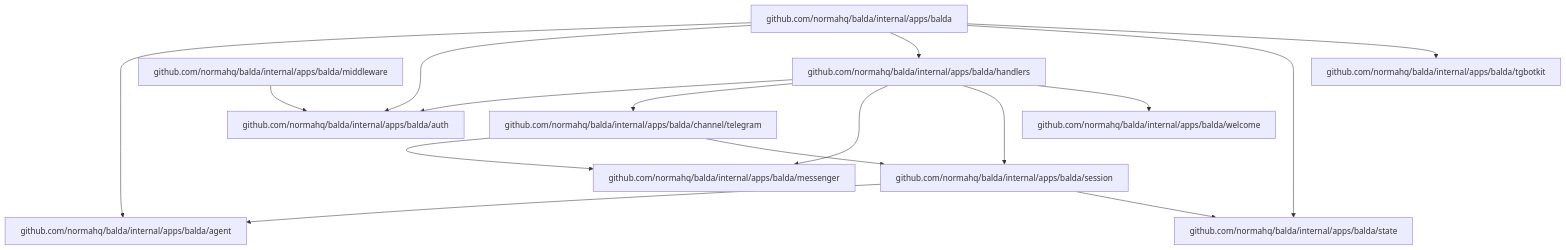
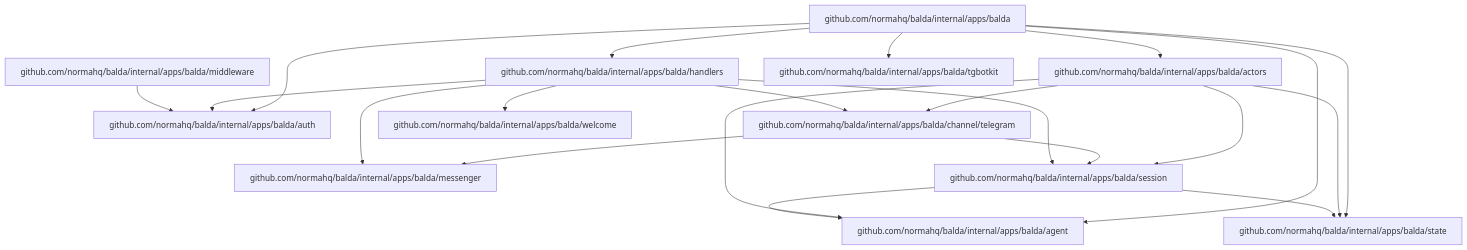
One commit to baldaworks/balda changed the first of 2 diagrams in docs/balda.md. Above: the diagram before and after it, drawn with Mermaid. The commit also changed other lines of this file and 36 other files, not shown here.

Commit message:
refactor(balda): move product actors out of handlers

````diff
--- a/docs/balda.md
+++ b/docs/balda.md
@@ -105,34 +105,41 @@
 ```mermaid
 flowchart TB
     balda_root["github.com/normahq/balda/internal/apps/balda"]
     agent["github.com/normahq/balda/internal/apps/balda/agent"]
+    actors["github.com/normahq/balda/internal/apps/balda/actors"]
     auth["github.com/normahq/balda/internal/apps/balda/auth"]
     telegram["github.com/normahq/balda/internal/apps/balda/channel/telegram"]
     handlers["github.com/normahq/balda/internal/apps/balda/handlers"]
     messenger["github.com/normahq/balda/internal/apps/balda/messenger"]
     middleware["github.com/normahq/balda/internal/apps/balda/middleware"]
     session["github.com/normahq/balda/internal/apps/balda/session"]
     state["github.com/normahq/balda/internal/apps/balda/state"]
     tgbotkit["github.com/normahq/balda/internal/apps/balda/tgbotkit"]
     welcome["github.com/normahq/balda/internal/apps/balda/welcome"]
 
     balda_root --> agent
+    balda_root --> actors
     balda_root --> auth
     balda_root --> handlers
     balda_root --> state
     balda_root --> tgbotkit
+
+    actors --> agent
+    actors --> telegram
+    actors --> session
+    actors --> state
 
     telegram --> messenger
     telegram --> session
 
     handlers --> auth
     handlers --> telegram
     handlers --> messenger
     handlers --> session
     handlers --> welcome
 
     middleware --> auth
 
     session --> agent
     session --> state
 ```
````
